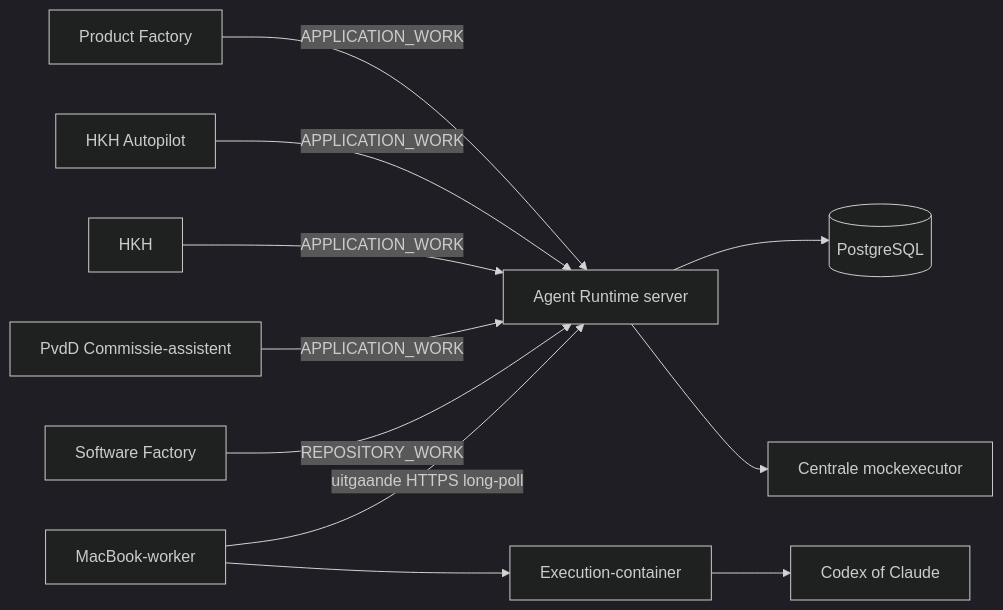
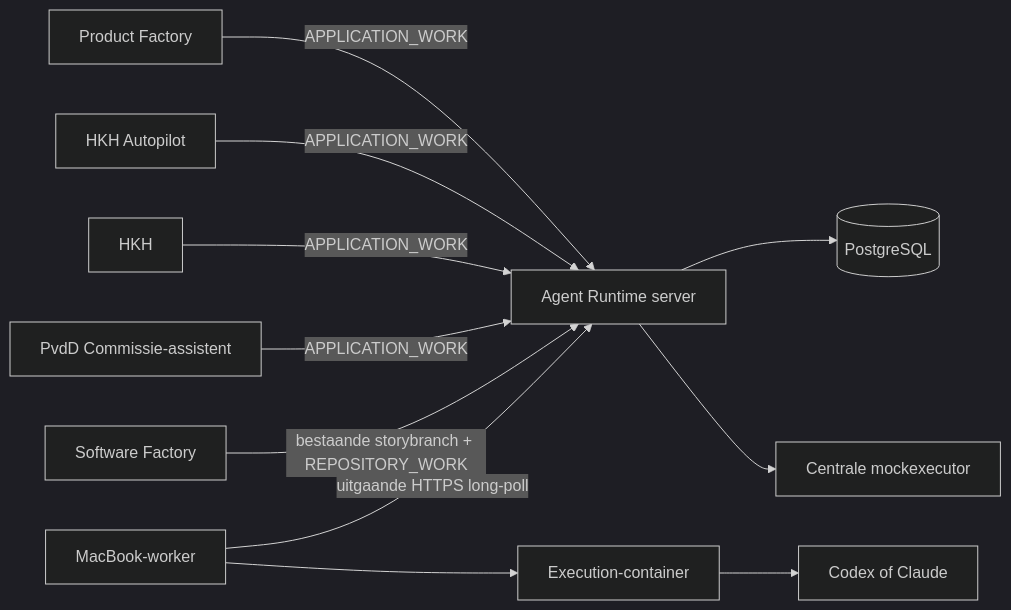
The diagram in docs/architectuur-en-beveiliging.md (robbertvdzon/agent-runtime), drawn with Mermaid (dark theme) before and after one commit. The commit also changed other lines of this file and 29 other files, not shown here.

````diff
--- a/docs/architectuur-en-beveiliging.md
+++ b/docs/architectuur-en-beveiliging.md
@@ -10,13 +10,13 @@
 ```mermaid
 flowchart LR
   PF[Product Factory] -->|APPLICATION_WORK| API[Agent Runtime server]
   HKHA[HKH Autopilot] -->|APPLICATION_WORK| API
   HKH[HKH] -->|APPLICATION_WORK| API
   PVDD[PvdD Commissie-assistent] -->|APPLICATION_WORK| API
-  SF[Software Factory] -->|REPOSITORY_WORK| API
+  SF[Software Factory] -->|bestaande storybranch + REPOSITORY_WORK| API
   API --> DB[(PostgreSQL)]
   API --> MOCK[Centrale mockexecutor]
   WORKER[MacBook-worker] -->|uitgaande HTTPS long-poll| API
   WORKER --> CONTAINER[Execution-container]
   CONTAINER --> CODEX[Codex of Claude]
 ```
````
